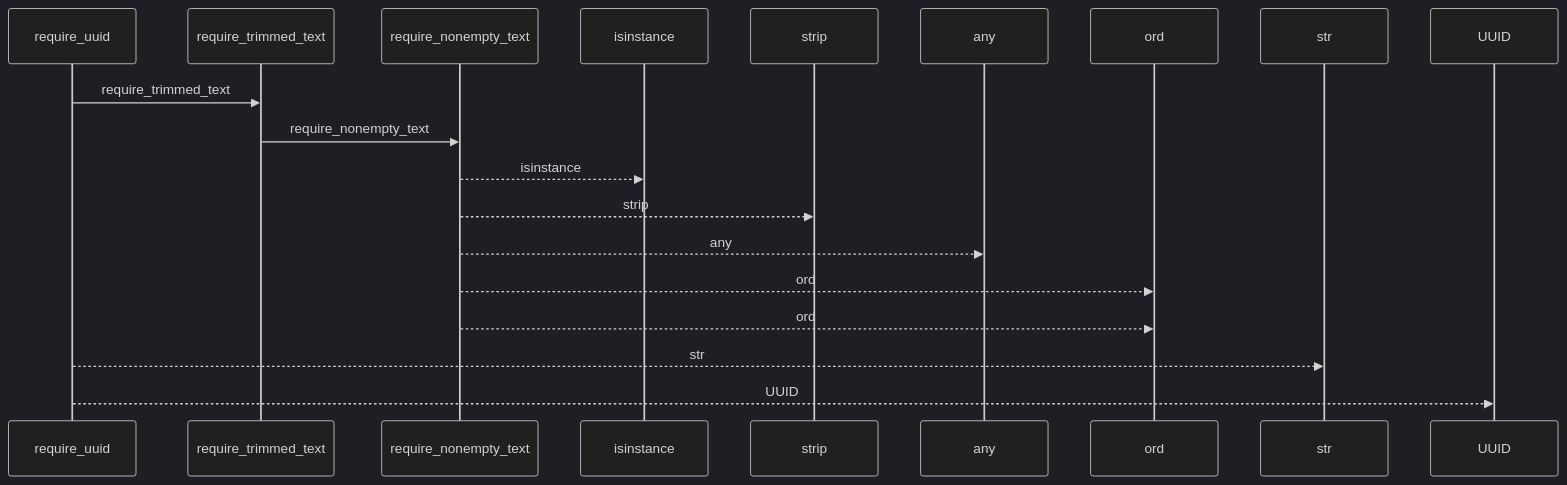
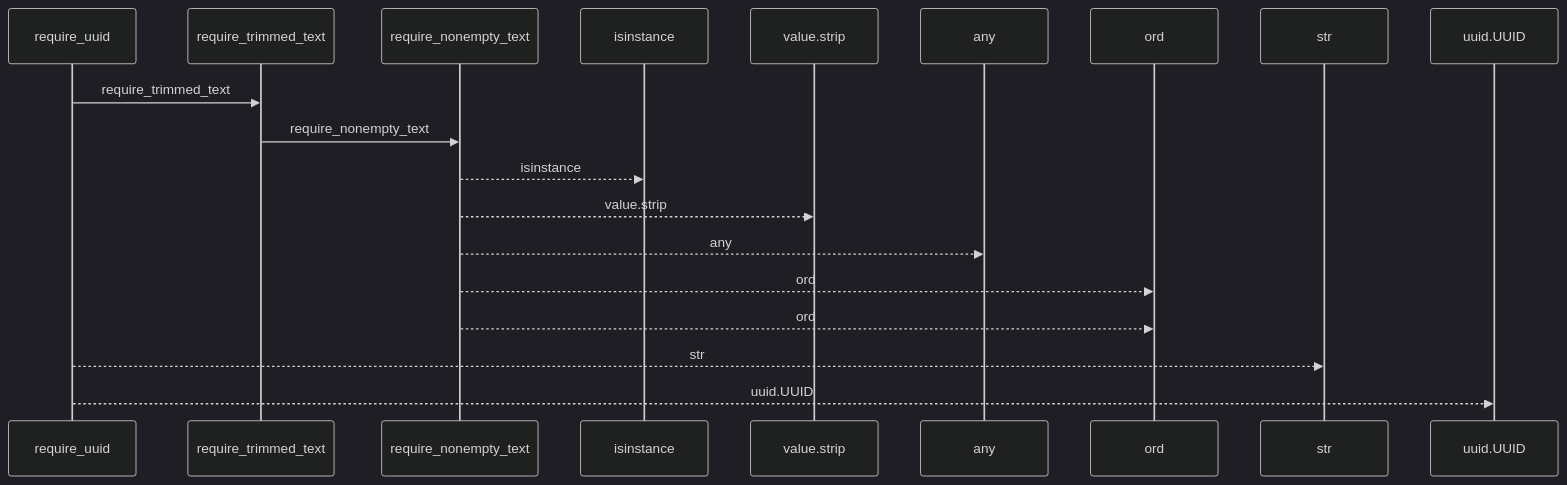
Before and after one commit to Denissvgn/python-wiki-llm: the first of 2 diagrams in docs/llm_wiki/flows/api-require_uuid.md, drawn with Mermaid (dark theme). The commit also changed other lines of this file and 719 other files, not shown here.

````diff
--- a/docs/llm_wiki/flows/api-require_uuid.md
+++ b/docs/llm_wiki/flows/api-require_uuid.md
@@ -10,21 +10,21 @@
 ```mermaid
 sequenceDiagram
     participant p0 as require_uuid
     participant p1 as require_trimmed_text
     participant p2 as require_nonempty_text
     participant p3 as isinstance
-    participant p4 as strip
+    participant p4 as value.strip
     participant p5 as any
     participant p6 as ord
     participant p7 as str
-    participant p8 as UUID
+    participant p8 as uuid.UUID
     p0->>p1: require_trimmed_text
     p1->>p2: require_nonempty_text
     p2-->>p3: isinstance
-    p2-->>p4: strip
+    p2-->>p4: value.strip
     p2-->>p5: any
     p2-->>p6: ord
     p2-->>p6: ord
     p0-->>p7: str
-    p0-->>p8: UUID
+    p0-->>p8: uuid.UUID
 ```
````
